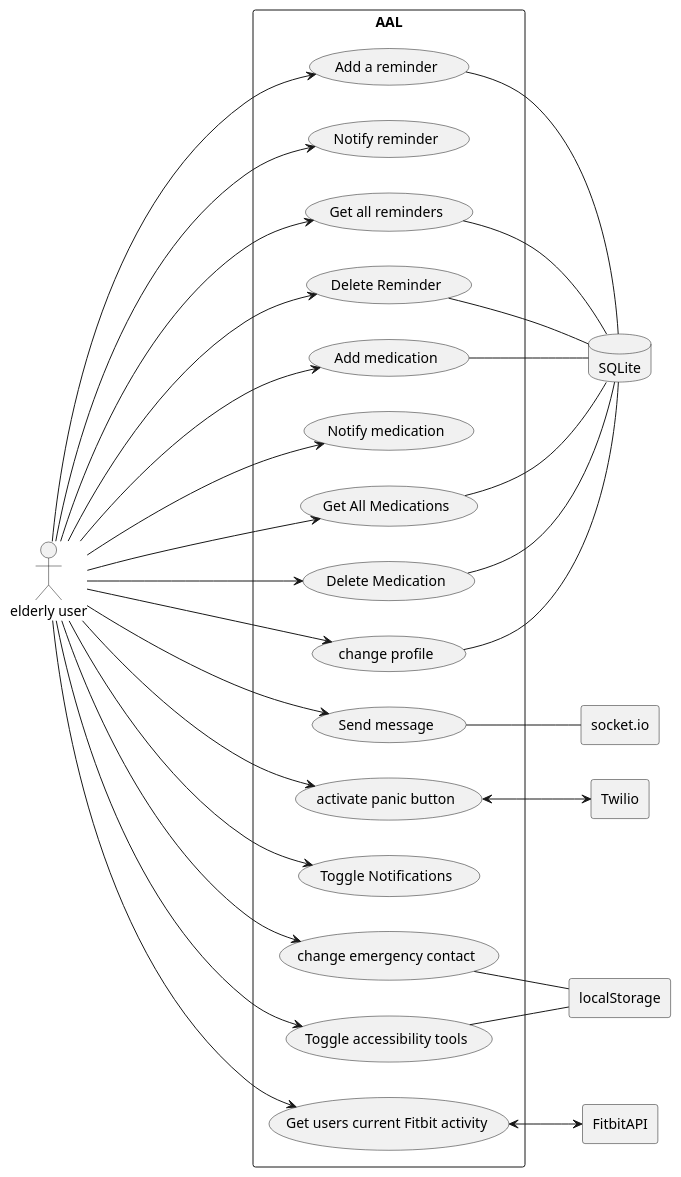
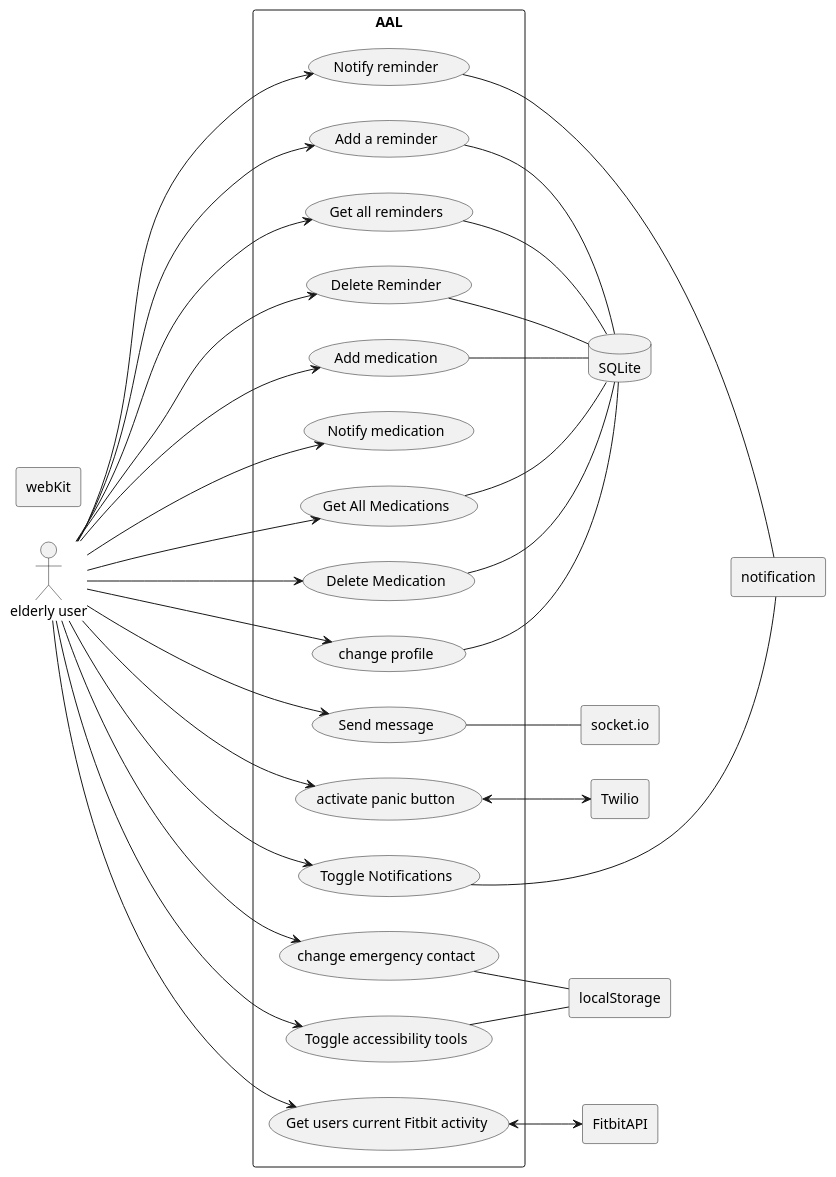
Before and after one commit to gurvirdhillon/AAL-project: the diagram in PUML-designs/useCase2.puml, drawn with PlantUML.

Commit message:
added the notifications to puml diagram

```diff
--- a/PUML-designs/useCase2.puml
+++ b/PUML-designs/useCase2.puml
@@ -1,48 +1,52 @@
 @startuml AAL-living UseCases
 
 :elderly user: as ElderlyUser
 
 rectangle "AAL" as AAL {
   left to right direction
 
 ElderlyUser ----> (Add a reminder)
 ElderlyUser ---> (Notify reminder)
 ElderlyUser ---> (Get all reminders)
 ElderlyUser ---> (Delete Reminder)
 ElderlyUser ---> (Add medication)
 ElderlyUser --> (Notify medication)
 ElderlyUser --> (Get All Medications)
 ElderlyUser --> (Delete Medication)
 ElderlyUser ---> (Send message)
 ElderlyUser ---> (activate panic button)
 ElderlyUser --> (change profile)
 ElderlyUser --> (Toggle Notifications)
 ElderlyUser ---> (Toggle accessibility tools)
 ElderlyUser ---> (change emergency contact)
 ElderlyUser ----> (Get users current Fitbit activity)
 }
 
 rectangle "Twilio" as TwilioAPI
 rectangle "FitbitAPI" as FitbitAPI
 database "SQLite" as DB
 rectangle "socket.io" as SocketIO
 rectangle "localStorage" as localStorage
+rectangle "webKit" as webKit
+rectangle "notification" as notification
 
 (activate panic button) <--> TwilioAPI
 (Get users current Fitbit activity) <--> FitbitAPI
 
 (Add a reminder) -- DB
 (Get all reminders) -- DB
 (Delete Reminder) -- DB
 (change emergency contact) -- localStorage
 (Toggle accessibility tools) -- localStorage
 (change profile) -- DB
+(Toggle Notifications) --- notification
+(Notify reminder) --- notification
 
 (Add medication) -- DB
 (Delete Medication) -- DB
 (Get All Medications) -- DB
 
 (Send message) -- SocketIO
 
 
 @enduml
```
